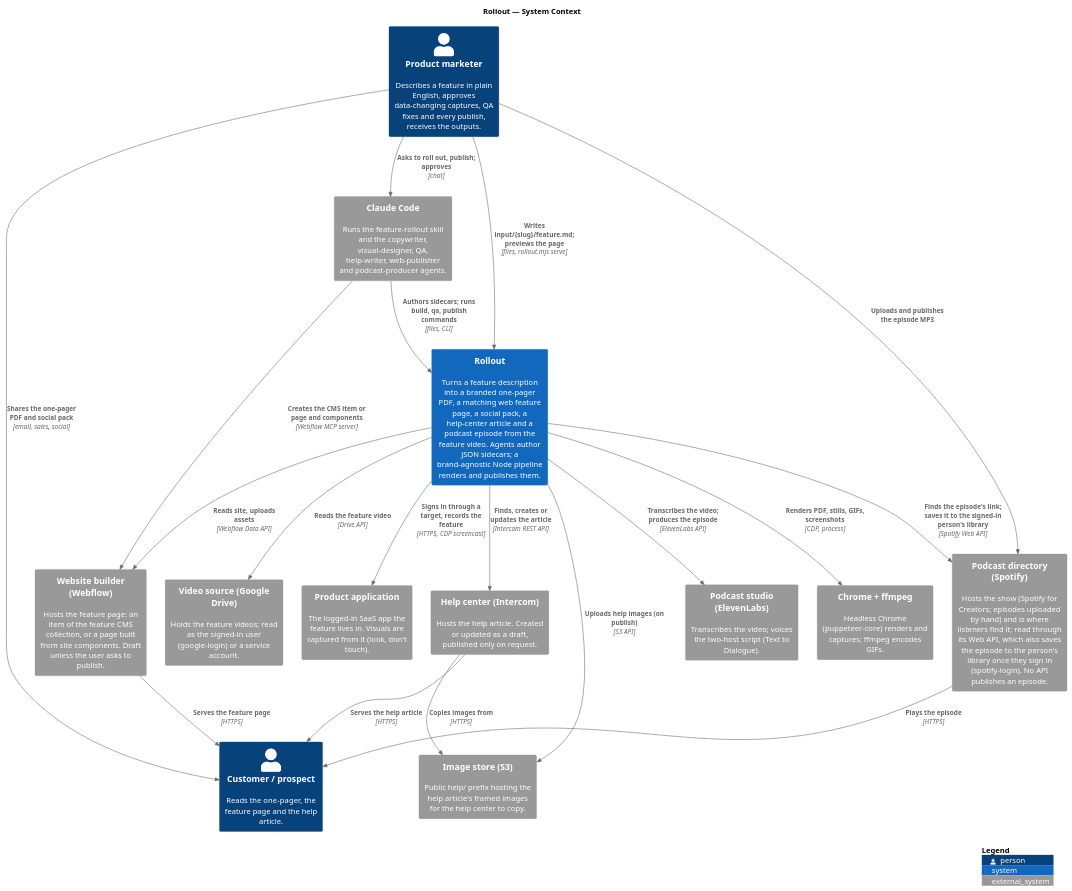
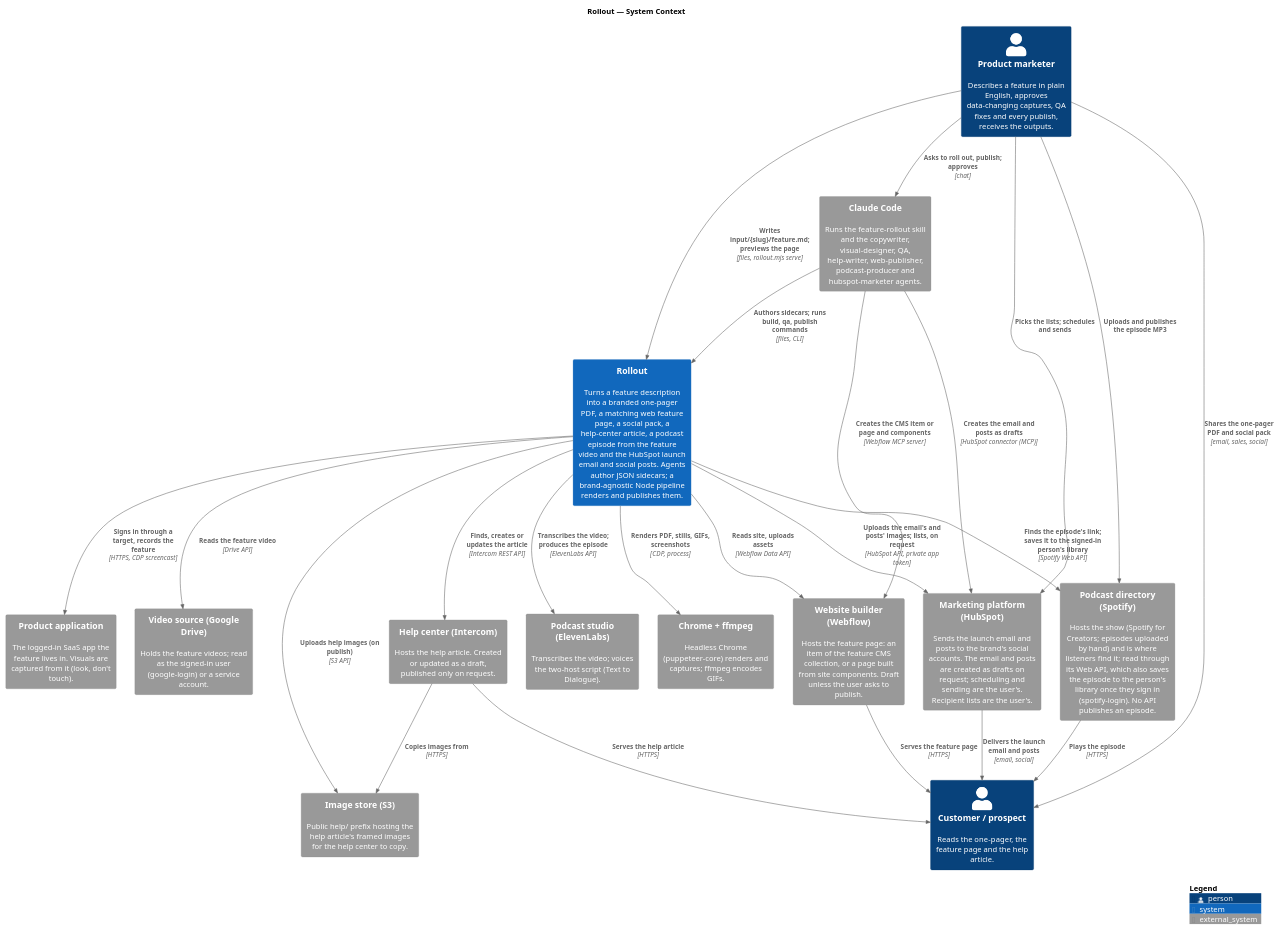
One commit to ssunduko/rollout changed the diagram in docs/c4/1-system-context.puml. Above: the diagram before and after it, drawn with PlantUML. The commit also changed 9 other files, not shown here.

First line of the commit message:
Docs: the HubSpot launch in the diagrams; recipient lists and the two connections

```diff
--- a/docs/c4/1-system-context.puml
+++ b/docs/c4/1-system-context.puml
@@ -1,43 +1,48 @@
 @startuml system-context
 ' C4 level 1 — System context: Rollout and the people and systems around it.
 ' Render: see docs/c4/README.md
 !include <C4/C4_Context>
 
 title Rollout — System Context
 
 Person(author, "Product marketer", "Describes a feature in plain English, approves data-changing captures, QA fixes and every publish, receives the outputs.")
 Person(reader, "Customer / prospect", "Reads the one-pager, the feature page and the help article.")
 
-System(rollout, "Rollout", "Turns a feature description into a branded one-pager PDF, a matching web feature page, a social pack, a help-center article and a podcast episode from the feature video. Agents author JSON sidecars; a brand-agnostic Node pipeline renders and publishes them.")
+System(rollout, "Rollout", "Turns a feature description into a branded one-pager PDF, a matching web feature page, a social pack, a help-center article, a podcast episode from the feature video and the HubSpot launch email and social posts. Agents author JSON sidecars; a brand-agnostic Node pipeline renders and publishes them.")
 
-System_Ext(claude, "Claude Code", "Runs the feature-rollout skill and the copywriter, visual-designer, QA, help-writer, web-publisher and podcast-producer agents.")
+System_Ext(claude, "Claude Code", "Runs the feature-rollout skill and the copywriter, visual-designer, QA, help-writer, web-publisher, podcast-producer and hubspot-marketer agents.")
 System_Ext(app, "Product application", "The logged-in SaaS app the feature lives in. Visuals are captured from it (look, don't touch).")
 System_Ext(helpcenter, "Help center (Intercom)", "Hosts the help article. Created or updated as a draft, published only on request.")
 System_Ext(imagestore, "Image store (S3)", "Public help/ prefix hosting the help article's framed images for the help center to copy.")
 System_Ext(site, "Website builder (Webflow)", "Hosts the feature page: an item of the feature CMS collection, or a page built from site components. Draft unless the user asks to publish.")
 System_Ext(drive, "Video source (Google Drive)", "Holds the feature videos; read as the signed-in user (google-login) or a service account.")
 System_Ext(studio, "Podcast studio (ElevenLabs)", "Transcribes the video; voices the two-host script (Text to Dialogue).")
 System_Ext(directory, "Podcast directory (Spotify)", "Hosts the show (Spotify for Creators; episodes uploaded by hand) and is where listeners find it; read through its Web API, which also saves the episode to the person's library once they sign in (spotify-login). No API publishes an episode.")
+System_Ext(hubspot, "Marketing platform (HubSpot)", "Sends the launch email and posts to the brand's social accounts. The email and posts are created as drafts on request; scheduling and sending are the user's. Recipient lists are the user's.")
 System_Ext(tools, "Chrome + ffmpeg", "Headless Chrome (puppeteer-core) renders and captures; ffmpeg encodes GIFs.")
 
 Rel(author, claude, "Asks to roll out, publish; approves", "chat")
 Rel(author, rollout, "Writes input/{slug}/feature.md; previews the page", "files, rollout.mjs serve")
 Rel(claude, rollout, "Authors sidecars; runs build, qa, publish commands", "files, CLI")
 Rel(rollout, app, "Signs in through a target, records the feature", "HTTPS, CDP screencast")
 Rel(rollout, tools, "Renders PDF, stills, GIFs, screenshots", "CDP, process")
 Rel(rollout, imagestore, "Uploads help images (on publish)", "S3 API")
 Rel(rollout, helpcenter, "Finds, creates or updates the article", "Intercom REST API")
 Rel(helpcenter, imagestore, "Copies images from", "HTTPS")
 Rel(rollout, site, "Reads site, uploads assets", "Webflow Data API")
 Rel(claude, site, "Creates the CMS item or page and components", "Webflow MCP server")
 Rel(rollout, drive, "Reads the feature video", "Drive API")
 Rel(rollout, studio, "Transcribes the video; produces the episode", "ElevenLabs API")
 Rel(rollout, directory, "Finds the episode's link; saves it to the signed-in person's library", "Spotify Web API")
 Rel(author, directory, "Uploads and publishes the episode MP3")
 Rel(directory, reader, "Plays the episode", "HTTPS")
 Rel(site, reader, "Serves the feature page", "HTTPS")
 Rel(helpcenter, reader, "Serves the help article", "HTTPS")
+Rel(rollout, hubspot, "Uploads the email's and posts' images; lists, on request", "HubSpot API, private app token")
+Rel(claude, hubspot, "Creates the email and posts as drafts", "HubSpot connector (MCP)")
+Rel(author, hubspot, "Picks the lists; schedules and sends")
+Rel(hubspot, reader, "Delivers the launch email and posts", "email, social")
 Rel(author, reader, "Shares the one-pager PDF and social pack", "email, sales, social")
 
 SHOW_LEGEND()
 @enduml
```
